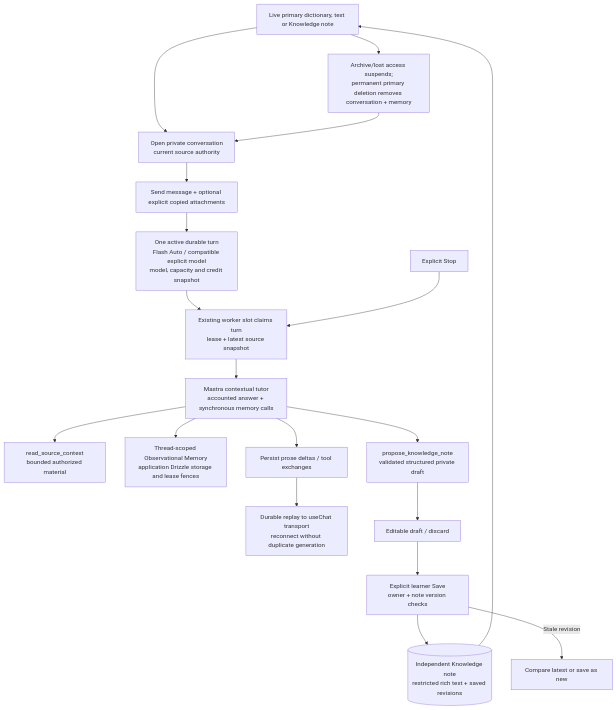
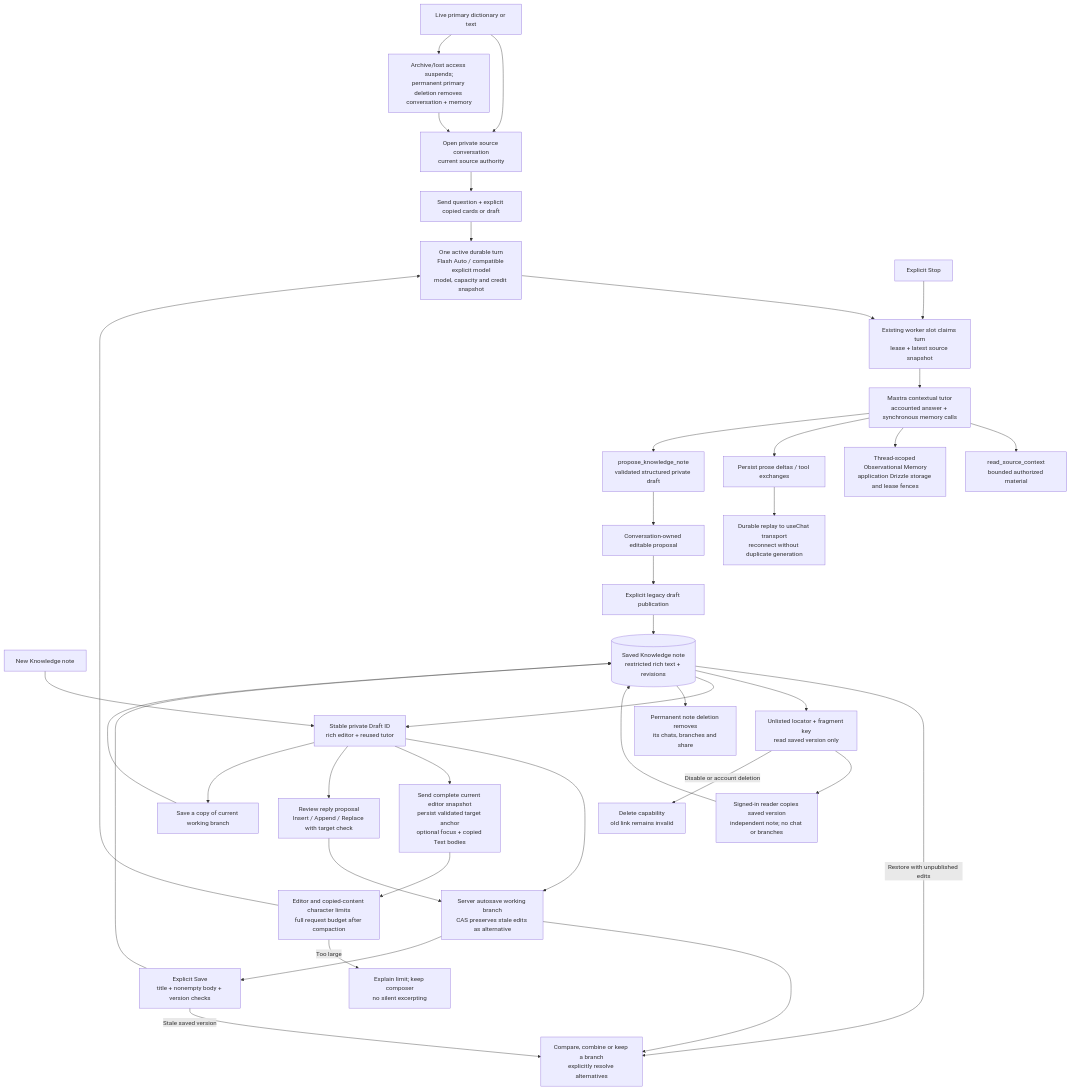
One commit to nickotov/languon-platform changed the diagram in docs/diagrams/conversations-and-knowledge.md. Above: the diagram before and after it, drawn with Mermaid. The commit also changed other lines of this file and 126 other files, not shown here.

Commit message:
Add Knowledge research workspace

````diff
--- a/docs/diagrams/conversations-and-knowledge.md
+++ b/docs/diagrams/conversations-and-knowledge.md
@@ -34,30 +47,60 @@
 ```mermaid
 flowchart TB
-    Source["Live primary dictionary, text or Knowledge note"] --> Open["Open private conversation
+    Source["Live primary dictionary or text"] --> Open["Open private source conversation
 current source authority"]
-    Open --> Send["Send message + optional explicit copied attachments"] --> Admission["One active durable turn
+    Open --> Send["Send question + explicit copied cards or draft"]
+    New["New Knowledge note"] --> Workspace["Stable private Draft ID
+rich editor + reused tutor"]
+    Workspace --> Auto["Server autosave working branch
+CAS preserves stale edits as alternative"]
+    Auto --> Resolve["Compare, combine or keep a branch
+explicitly resolve alternatives"]
+    Workspace --> WSend["Send complete current editor snapshot
+persist validated target anchor
+optional focus + copied Text bodies"]
+    WSend --> Limit["Editor and copied-content character limits
+full request budget after compaction"]
+    Limit -->|"Too large"| Reject["Explain limit; keep composer
+no silent excerpting"]
+    Limit --> Admission
+    Send --> Admission["One active durable turn
 Flash Auto / compatible explicit model
 model, capacity and credit snapshot"]
     Admission --> Worker["Existing worker slot claims turn
 lease + latest source snapshot"]
     Worker --> Tutor["Mastra contextual tutor
 accounted answer + synchronous memory calls"]
     Tutor --> Read["read_source_context
 bounded authorized material"]
     Tutor --> Memory["Thread-scoped Observational Memory
 application Drizzle storage and lease fences"]
     Tutor --> Reply["Persist prose deltas / tool exchanges"] --> Replay["Durable replay to useChat transport
 reconnect without duplicate generation"]
     Tutor --> Propose["propose_knowledge_note
 validated structured private draft"]
-    Propose --> Review["Editable draft / discard"]
-    Review --> Save["Explicit learner Save
-owner + note version checks"] --> Note[("Independent Knowledge note
-restricted rich text + saved revisions")]
-    Save -->|"Stale revision"| Conflict["Compare latest or save as new"]
-    Note --> Source
+    Propose --> Review["Conversation-owned editable proposal"]
+    Review --> Publish["Explicit legacy draft publication"]
+    Workspace --> Apply["Review reply proposal
+Insert / Append / Replace with target check"] --> Auto
+    Auto --> Save["Explicit Save
+title + nonempty body + version checks"]
+    Publish --> Note[("Saved Knowledge note
+restricted rich text + revisions")]
+    Save --> Note
+    Save -->|"Stale saved version"| Resolve
+    Note -->|"Restore with unpublished edits"| Resolve
+    Workspace --> Copy["Save a copy of current working branch"] --> Note
+    Note --> Share["Unlisted locator + fragment key
+read saved version only"]
+    Share --> Reader["Signed-in reader copies saved version
+independent note; no chat or branches"] --> Note
+    Share -->|"Disable or account deletion"| Revoke["Delete capability
+old link remains invalid"]
+    Note --> Workspace
+    Note --> NoteDelete["Permanent note deletion removes
+its chats, branches and share"]
     Stop["Explicit Stop"] --> Worker
     Source --> Lifecycle["Archive/lost access suspends;
 permanent primary deletion removes conversation + memory"]
     Lifecycle --> Open
 ```
````
